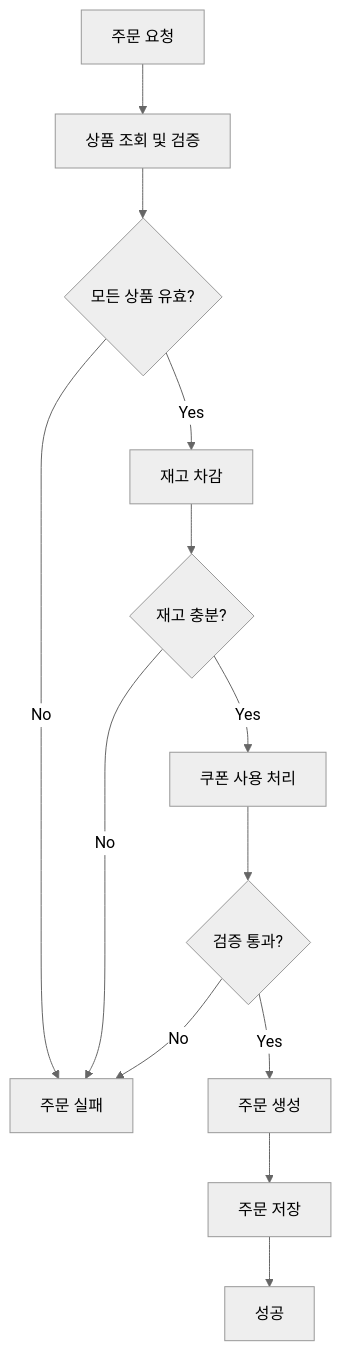
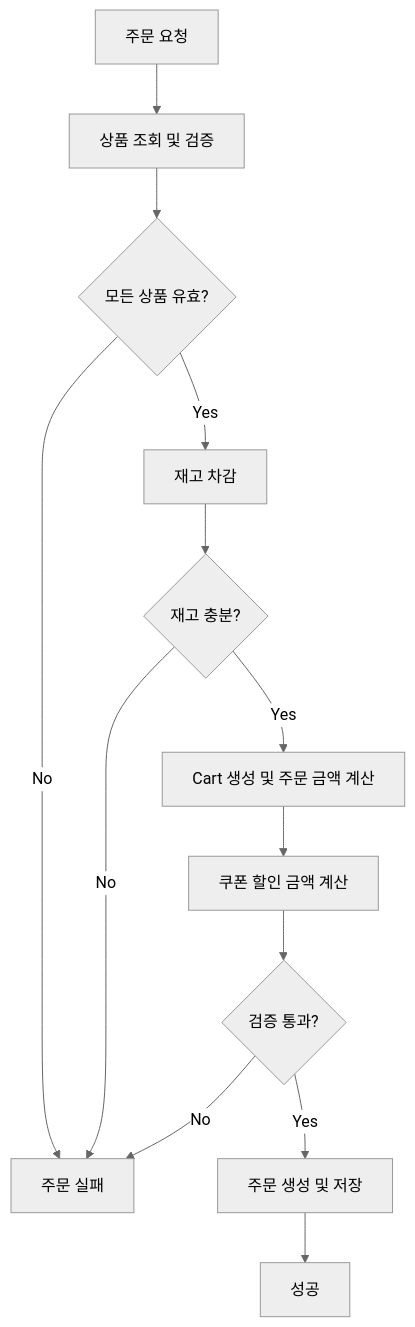
One commit to Loopers-dev-lab/loop-pack-be-l2-vol3-java changed the fourth of 4 diagrams in .docs/design/03-class-diagram.md. Above: the diagram before and after it, drawn with Mermaid (neutral theme). The commit also changed other lines of this file and 1 other file, not shown here.

Commit message:
docs: 결제 시퀀스 다이어그램 현행화 및 상태 머신 다이어그램 추가

````diff
--- a/.docs/design/03-class-diagram.md
+++ b/.docs/design/03-class-diagram.md
@@ -272,15 +298,15 @@
 ```mermaid
 flowchart TD
     A[주문 요청] --> B[상품 조회 및 검증]
     B --> C{모든 상품 유효?}
     C -- No --> FAIL[주문 실패]
     C -- Yes --> D[재고 차감]
     D --> E{재고 충분?}
     E -- No --> FAIL
-    E -- Yes --> G["쿠폰 사용 처리"]
+    E -- Yes --> F[Cart 생성 및 주문 금액 계산]
+    F --> G[쿠폰 할인 금액 계산]
     G --> G1{검증 통과?}
     G1 -- No --> FAIL
-    G1 -- Yes --> H[주문 생성]
-    H --> I[주문 저장]
-    I --> SUCCESS[성공]
+    G1 -- Yes --> H[주문 생성 및 저장]
+    H --> SUCCESS[성공]
 ```
````
